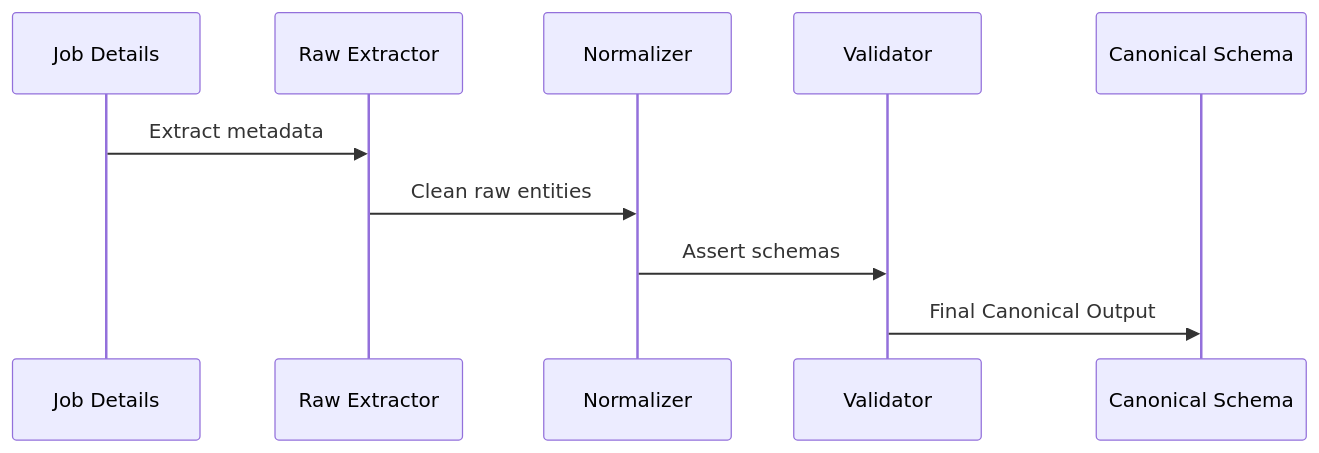
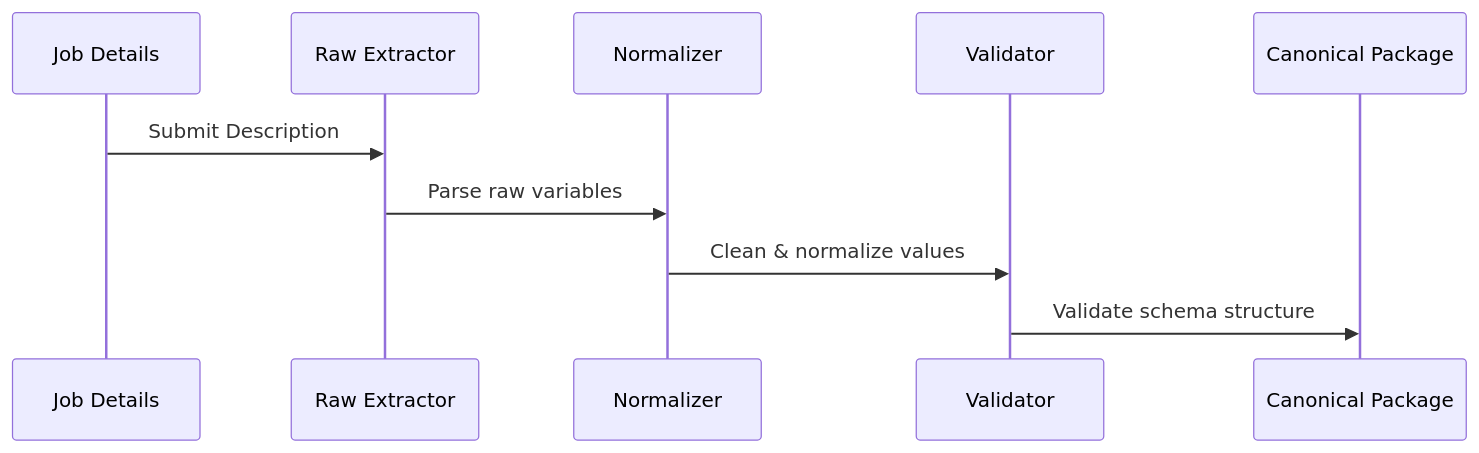
Before and after one commit to tanyajha29/RecruitSafe: the third of 8 diagrams in docs/Architecture.md, drawn with Mermaid. The commit also changed other lines of this file and 24 other files, not shown here.

````diff
--- a/docs/Architecture.md
+++ b/docs/Architecture.md
@@ -38,12 +106,13 @@
 ```mermaid
 sequenceDiagram
-    participant Doc as Job Details
+    participant JobText as Job Details
     participant Raw as Raw Extractor
     participant Norm as Normalizer
     participant Val as Validator
-    participant Canon as Canonical Schema
-    Doc->>Raw: Extract metadata
-    Raw->>Norm: Clean raw entities
-    Norm->>Val: Assert schemas
-    Val->>Canon: Final Canonical Output
+    participant Canon as Canonical Package
+    
+    JobText->>Raw: Submit Description
+    Raw->>Norm: Parse raw variables
+    Norm->>Val: Clean & normalize values
+    Val->>Canon: Validate schema structure
 ```
````
